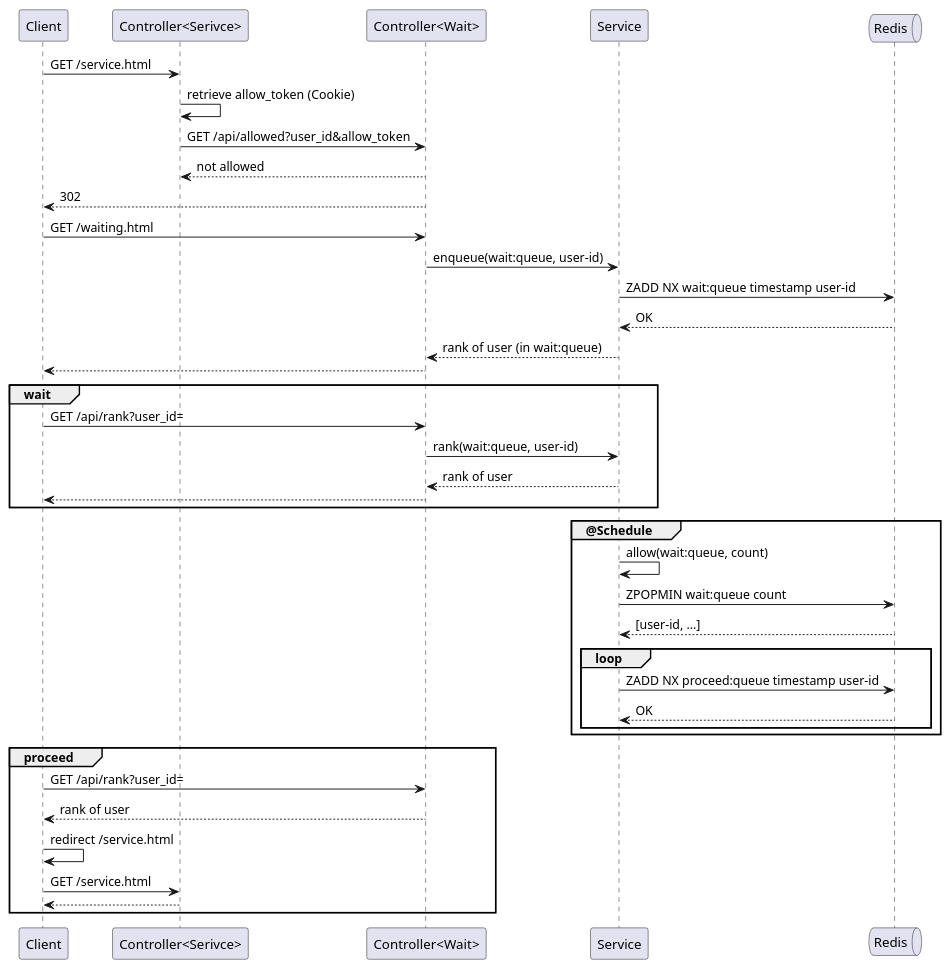
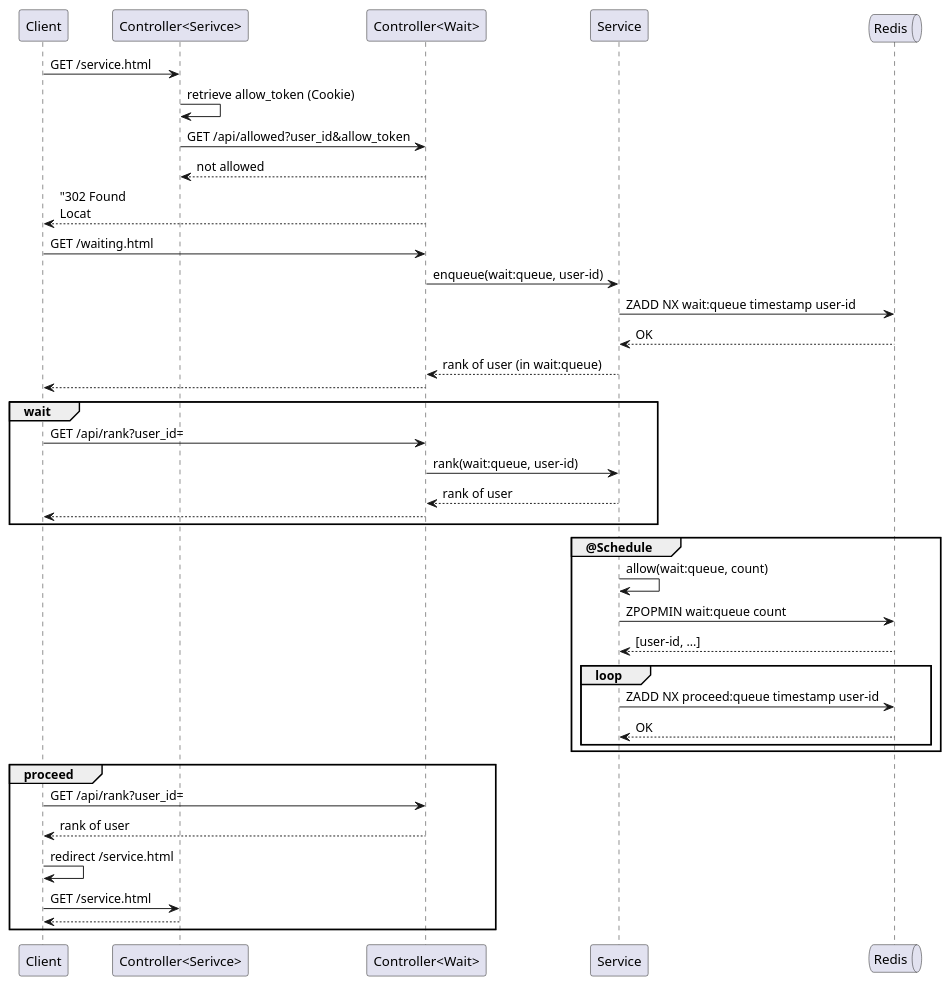
One commit to yanghoon/obsidian-workspace changed the diagram in _diary/2024-06-08.md. Above: the diagram before and after it, drawn with PlantUML.

Commit message:
vault backup: 2024-06-09 19:28:34

````diff
--- a/_diary/2024-06-08.md
+++ b/_diary/2024-06-08.md
@@ -11,49 +11,49 @@
 ```plantuml
 @startuml
 
 participant Client
 participant "Controller<Serivce>" as ServiceController
 participant "Controller<Wait>" as Controller
 participant Service
 queue Redis
 
 Client -> ServiceController: GET /service.html
 ServiceController -> ServiceController: retrieve allow_token (Cookie)
 ServiceController -> Controller: GET /api/allowed?user_id&allow_token
 ServiceController <-- Controller: not allowed
-Client <-- Controller: 302 
+Client <-- Controller: "302 Found\nLocat
 
 Client -> Controller: GET /waiting.html
 Controller -> Service: enqueue(wait:queue, user-id)
 Service -> Redis: ZADD NX wait:queue timestamp user-id
 Service <-- Redis: OK
 Controller <-- Service: rank of user (in wait:queue)
 Client <-- Controller
 
 group wait
 Client -> Controller: GET /api/rank?user_id=
 Controller -> Service: rank(wait:queue, user-id)
 Controller <-- Service: rank of user
 Client <-- Controller
 end
 
 group @Schedule
   Service -> Service: allow(wait:queue, count)
   Service -> Redis: ZPOPMIN wait:queue count
   Service <-- Redis: [user-id, ...]
   loop
     Service -> Redis: ZADD NX proceed:queue timestamp user-id
     Service <-- Redis: OK
   end
 end
 
 group proceed
   Client -> Controller: GET /api/rank?user_id=
   Client <-- Controller: rank of user
   Client -> Client: redirect /service.html
   Client -> ServiceController: GET /service.html
   Client <-- ServiceController
 end
 
 @enduml
 ```
````
